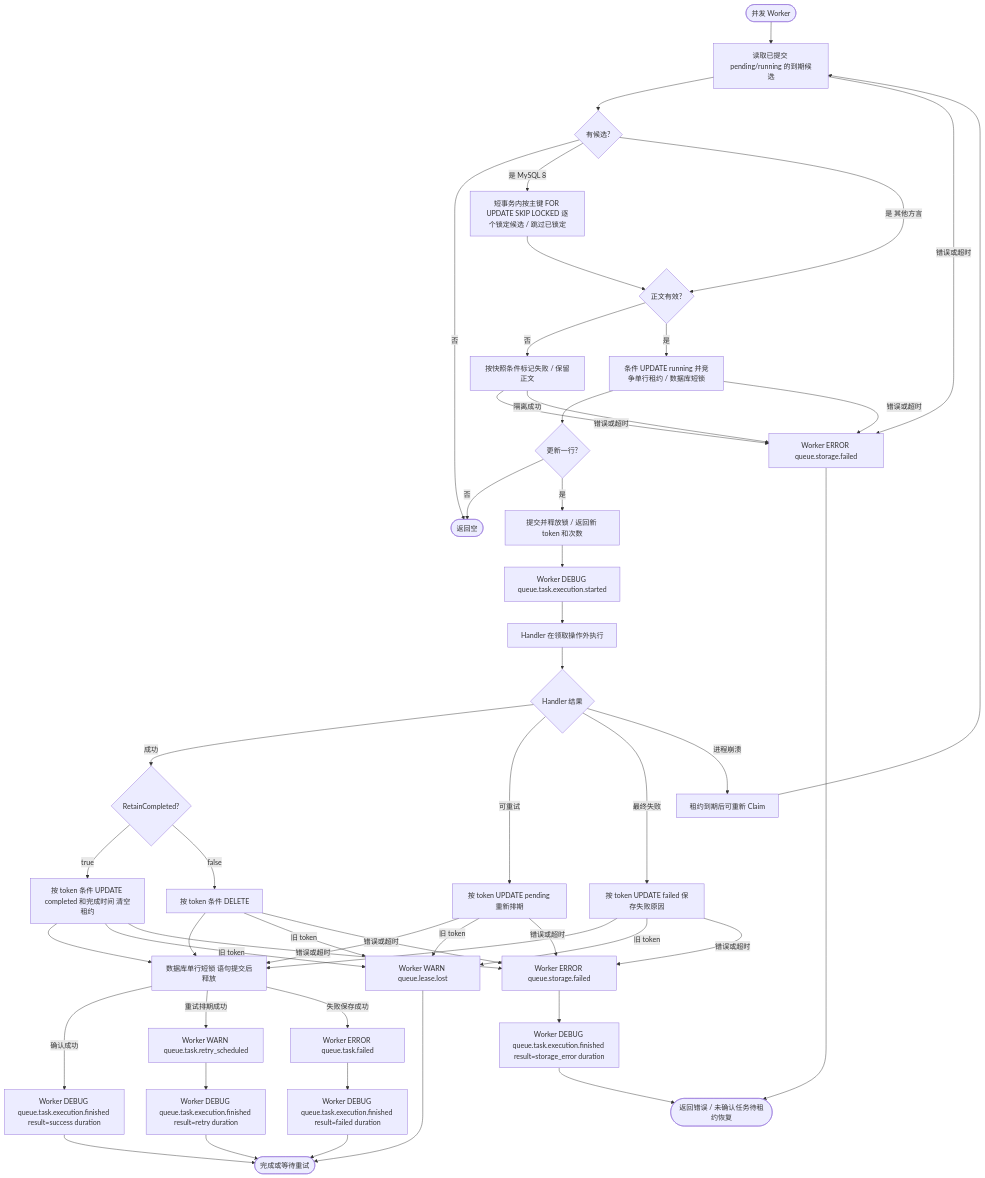
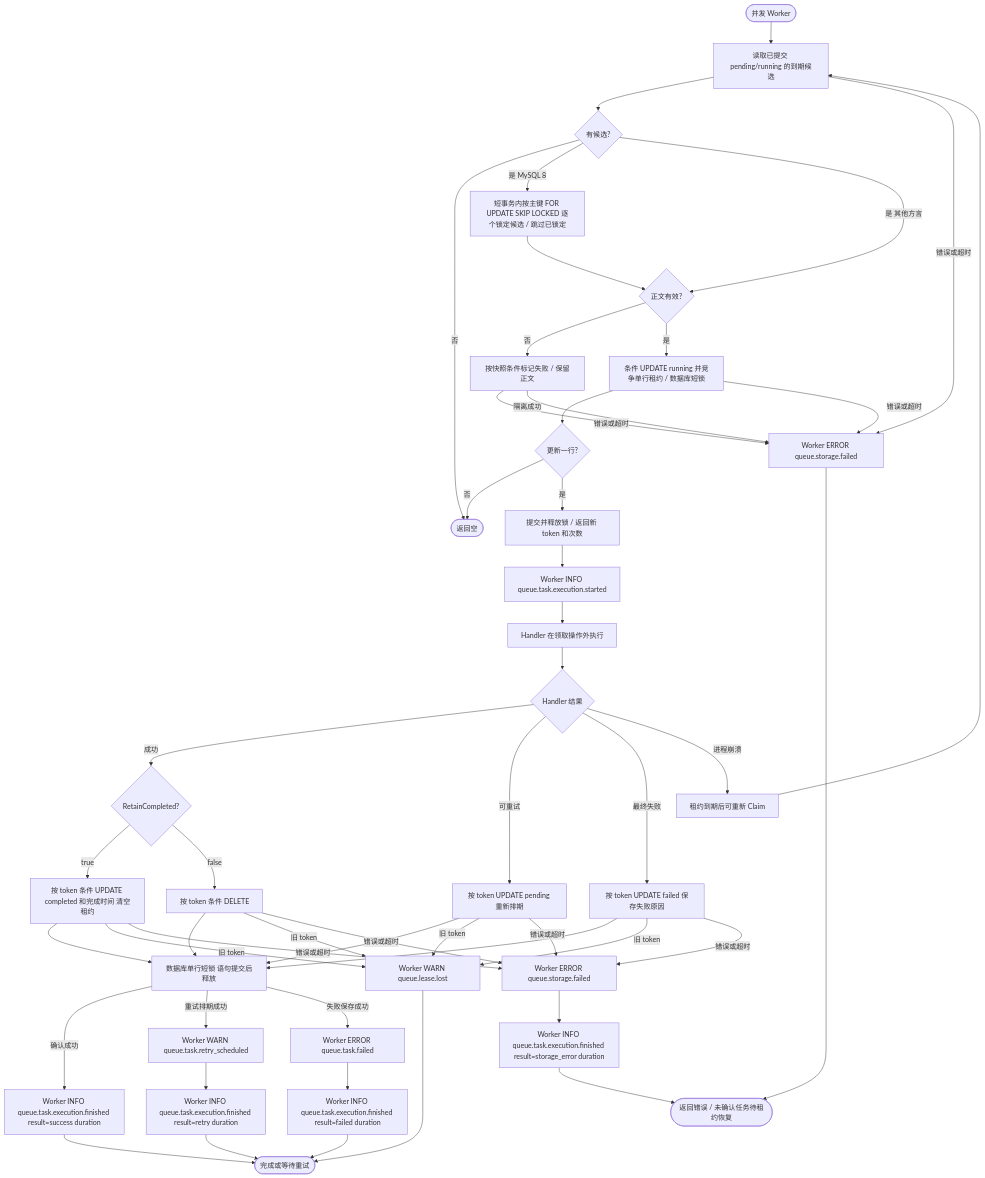
Before and after one commit to jaggerzhuang1994/kratos-foundation: the fourth of 4 diagrams in contrib/queue/database/gorm/README.md, drawn with Mermaid. The commit also changed 24 other files, not shown here.

````diff
--- a/contrib/queue/database/gorm/README.md
+++ b/contrib/queue/database/gorm/README.md
@@ -201,39 +201,39 @@
 ```mermaid
 flowchart TD
     A([并发 Worker]) --> B[读取已提交 pending/running 的到期候选]
     B --> C{有候选?}
     C -- 否 --> E([返回空])
     C -- 是 MySQL 8 --> SL[短事务内按主键 FOR UPDATE SKIP LOCKED 逐个锁定候选 / 跳过已锁定]
     SL --> D
     C -- 是 其他方言 --> D{正文有效?}
     D -- 否 --> F[按快照条件标记失败 / 保留正文]
     D -- 是 --> G[条件 UPDATE running 并竞争单行租约 / 数据库短锁]
     G --> H{更新一行?}
     H -- 否 --> E
     H -- 是 --> I[提交并释放锁 / 返回新 token 和次数]
-    I --> IS[Worker DEBUG queue.task.execution.started]
+    I --> IS[Worker INFO queue.task.execution.started]
     IS --> J[Handler 在领取操作外执行]
     J --> K{Handler 结果}
     K -- 成功 --> KA{RetainCompleted?}
     KA -- true --> KB[按 token 条件 UPDATE completed 和完成时间 清空租约]
     KA -- false --> KC[按 token 条件 DELETE]
     K -- 可重试 --> KD[按 token UPDATE pending 重新排期]
     K -- 最终失败 --> KE[按 token UPDATE failed 保存失败原因]
     K -- 进程崩溃 --> KR[租约到期后可重新 Claim]
     KR --> B
     KB & KC & KD & KE --> KU[数据库单行短锁 语句提交后释放]
-    KU -- 确认成功 --> KL[Worker DEBUG queue.task.execution.finished result=success duration]
+    KU -- 确认成功 --> KL[Worker INFO queue.task.execution.finished result=success duration]
     KU -- 重试排期成功 --> KM[Worker WARN queue.task.retry_scheduled]
     KU -- 失败保存成功 --> KN[Worker ERROR queue.task.failed]
-    KM --> KMF[Worker DEBUG queue.task.execution.finished result=retry duration]
-    KN --> KNF[Worker DEBUG queue.task.execution.finished result=failed duration]
+    KM --> KMF[Worker INFO queue.task.execution.finished result=retry duration]
+    KN --> KNF[Worker INFO queue.task.execution.finished result=failed duration]
     KL & KMF & KNF --> L([完成或等待重试])
     KB & KC & KD & KE -- 旧 token --> M[Worker WARN queue.lease.lost]
     M --> L
     B & F & G -- 错误或超时 --> N0[Worker ERROR queue.storage.failed]
     N0 --> O
     KB & KC & KD & KE -- 错误或超时 --> N[Worker ERROR queue.storage.failed]
-    N --> NF[Worker DEBUG queue.task.execution.finished result=storage_error duration]
+    N --> NF[Worker INFO queue.task.execution.finished result=storage_error duration]
     NF --> O([返回错误 / 未确认任务待租约恢复])
     F -- 隔离成功 --> N0
 ```
````
